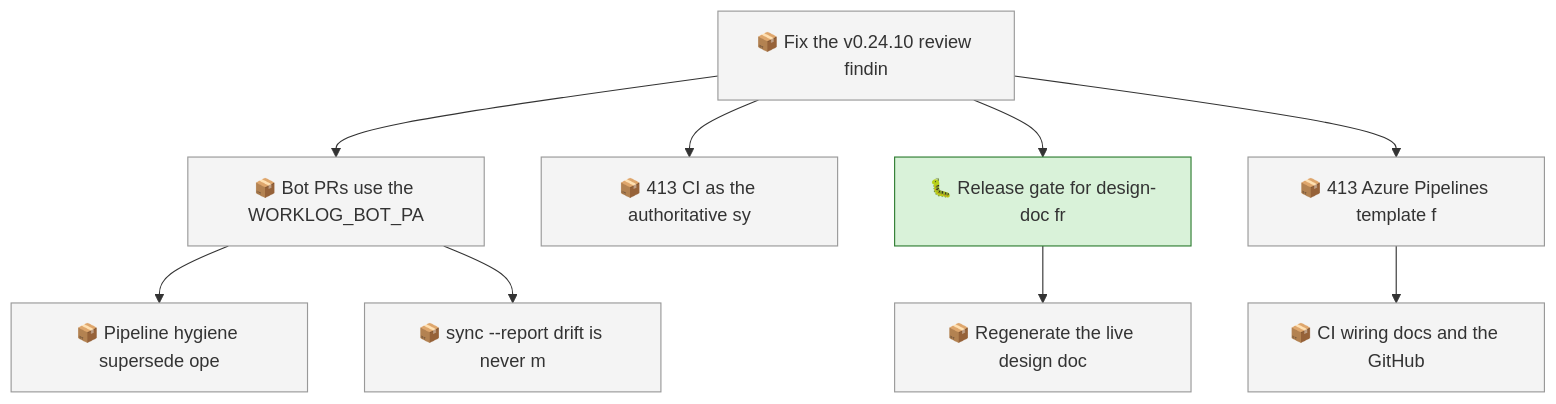
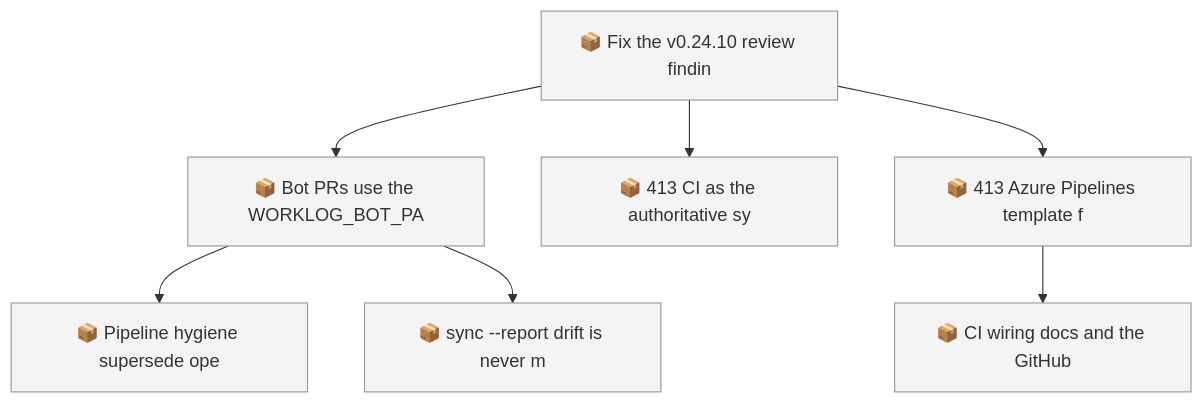
The first of 2 diagrams in docs/roadmap.md (SpillwaveSolutions/wiki_ticket_sdd), drawn with Mermaid before and after one commit. The commit also changed other lines of this file and 8 other files, not shown here.

Commit message:
docs(designs): close the freshness items after regeneration (01M2XCWMVEH3XFP2VPS9JBD6XQ)

````diff
--- a/docs/roadmap.md
+++ b/docs/roadmap.md
@@ -51,24 +45,18 @@
 ```mermaid
 graph TD
     01M2XCWMV0QYM4ZRBWN1V1327B["📦 Fix the v0.24.10 review findin"]
     01M2XCWMVEH3XFP2VPS9JBD6XF["📦 Bot PRs use the WORKLOG_BOT_PA"]
     01M2XCWMVEH3XFP2VPS9JBD6XH["📦 Pipeline hygiene supersede ope"]
     01M2XCWMVEH3XFP2VPS9JBD6XK["📦 sync --report drift is never m"]
     01M2XCWMVEH3XFP2VPS9JBD6XN["📦 413 CI as the authoritative sy"]
-    01M2XCWMVEH3XFP2VPS9JBD6XQ["🐛 Release gate for design-doc fr"]
-    01M2XCWMVEH3XFP2VPS9JBD6XS["📦 Regenerate the live design doc"]
     01M2XCWMVEH3XFP2VPS9JBD6XV["📦 413 Azure Pipelines template f"]
     01M2XCWMVEH3XFP2VPS9JBD6XX["📦 CI wiring docs and the GitHub"]
     01M2XCWMV0QYM4ZRBWN1V1327B --> 01M2XCWMVEH3XFP2VPS9JBD6XF
     01M2XCWMVEH3XFP2VPS9JBD6XF --> 01M2XCWMVEH3XFP2VPS9JBD6XH
     01M2XCWMVEH3XFP2VPS9JBD6XF --> 01M2XCWMVEH3XFP2VPS9JBD6XK
     01M2XCWMV0QYM4ZRBWN1V1327B --> 01M2XCWMVEH3XFP2VPS9JBD6XN
-    01M2XCWMV0QYM4ZRBWN1V1327B --> 01M2XCWMVEH3XFP2VPS9JBD6XQ
-    01M2XCWMVEH3XFP2VPS9JBD6XQ --> 01M2XCWMVEH3XFP2VPS9JBD6XS
     01M2XCWMV0QYM4ZRBWN1V1327B --> 01M2XCWMVEH3XFP2VPS9JBD6XV
     01M2XCWMVEH3XFP2VPS9JBD6XV --> 01M2XCWMVEH3XFP2VPS9JBD6XX
     classDef todo fill:#f4f4f4,stroke:#999999
-    class 01M2XCWMV0QYM4ZRBWN1V1327B,01M2XCWMVEH3XFP2VPS9JBD6XF,01M2XCWMVEH3XFP2VPS9JBD6XH,01M2XCWMVEH3XFP2VPS9JBD6XK,01M2XCWMVEH3XFP2VPS9JBD6XN,01M2XCWMVEH3XFP2VPS9JBD6XS,01M2XCWMVEH3XFP2VPS9JBD6XV,01M2XCWMVEH3XFP2VPS9JBD6XX todo
-    classDef in_progress fill:#d9f2d9,stroke:#2e7d32
-    class 01M2XCWMVEH3XFP2VPS9JBD6XQ in_progress
+    class 01M2XCWMV0QYM4ZRBWN1V1327B,01M2XCWMVEH3XFP2VPS9JBD6XF,01M2XCWMVEH3XFP2VPS9JBD6XH,01M2XCWMVEH3XFP2VPS9JBD6XK,01M2XCWMVEH3XFP2VPS9JBD6XN,01M2XCWMVEH3XFP2VPS9JBD6XV,01M2XCWMVEH3XFP2VPS9JBD6XX todo
 ```
````
